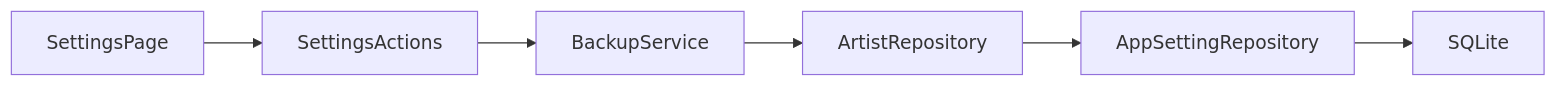
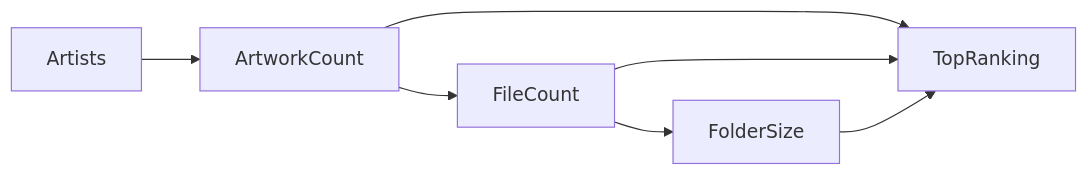
Diagram 13 of 14 in docs/07_ARCHITECTURE.md (PKT0623/PixivLocalManager), drawn with Mermaid before and after one commit. The commit also changed other lines of this file and 10 other files, not shown here.

````diff
--- a/docs/07_ARCHITECTURE.md
+++ b/docs/07_ARCHITECTURE.md
@@ -429,10 +621,13 @@
-```mermaid id="ed5v4o"
+```mermaid
 flowchart LR
 
-SettingsPage
---> SettingsActions
---> BackupService
---> ArtistRepository
---> AppSettingRepository
---> SQLite
+Artists
+
+--> ArtworkCount
+--> FileCount
+--> FolderSize
+
+ArtworkCount --> TopRanking
+FileCount --> TopRanking
+FolderSize --> TopRanking
 ```
````
